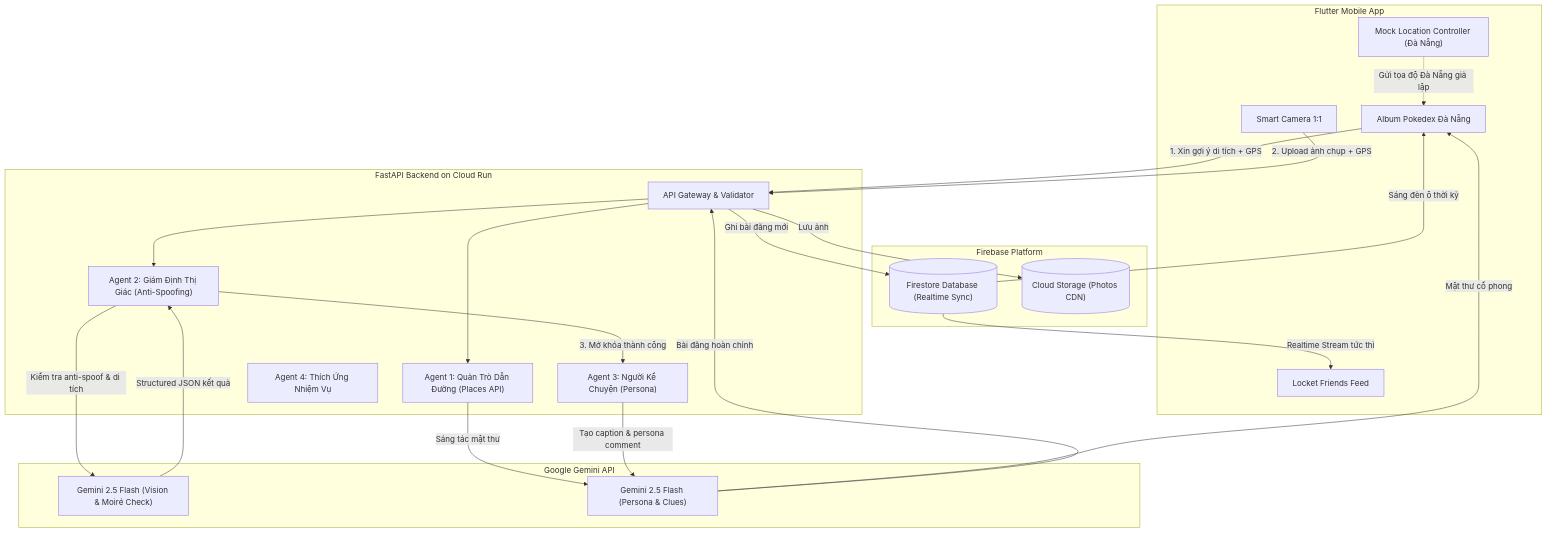
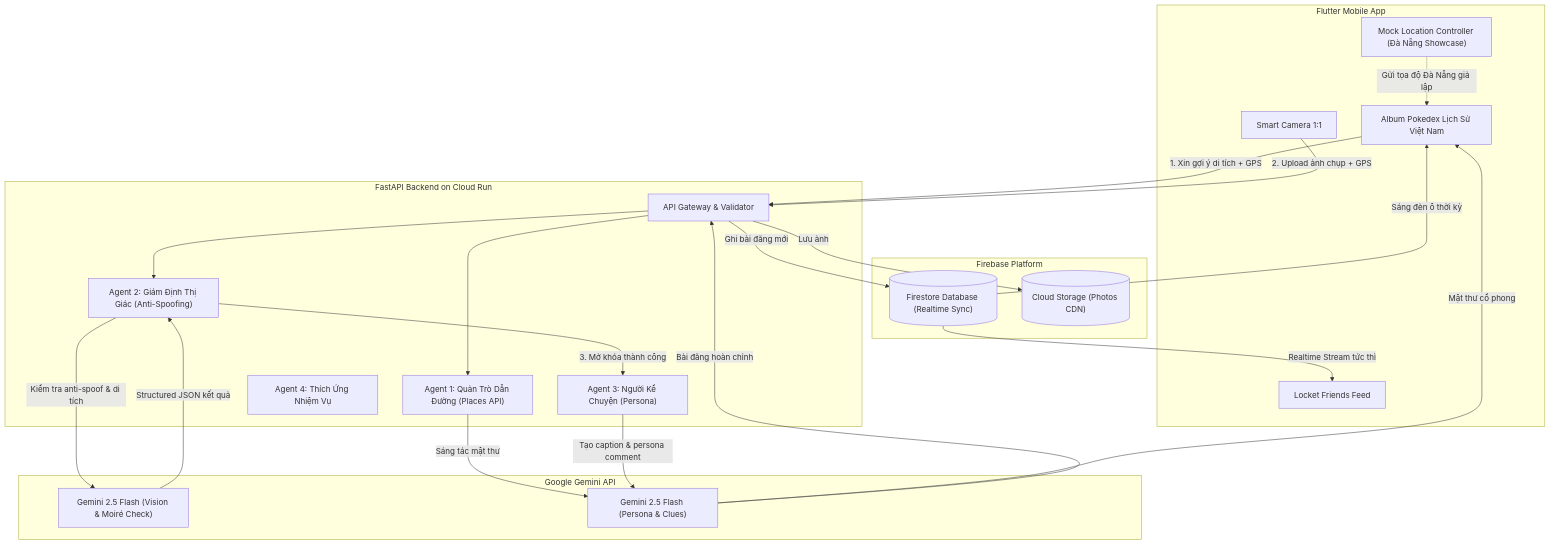
Before and after one commit to locngodev6205/Lockulture: the diagram in docs/ARCHITECTURE.md, drawn with Mermaid. The commit also changed other lines of this file and 2 other files, not shown here.

Commit message:
docs: clarify National History Scope with Da Nang as pilot showcase city

````diff
--- a/docs/ARCHITECTURE.md
+++ b/docs/ARCHITECTURE.md
@@ -27,49 +27,49 @@
 ```mermaid
 flowchart TD
     subgraph Client["Flutter Mobile App"]
-        UI_Album["Album Pokedex Đà Nẵng"]
+        UI_Album["Album Pokedex Lịch Sử Việt Nam"]
         UI_Camera["Smart Camera 1:1"]
         UI_Feed["Locket Friends Feed"]
-        Mock_Ctrl["Mock Location Controller (Đà Nẵng)"]
+        Mock_Ctrl["Mock Location Controller (Đà Nẵng Showcase)"]
     end
 
     subgraph Firebase["Firebase Platform"]
         FStore[("Firestore Database (Realtime Sync)")]
         FStorage[("Cloud Storage (Photos CDN)")]
     end
 
     subgraph CloudRun["FastAPI Backend on Cloud Run"]
         API_Gateway["API Gateway & Validator"]
         Agent1["Agent 1: Quản Trò Dẫn Đường (Places API)"]
         Agent2["Agent 2: Giám Định Thị Giác (Anti-Spoofing)"]
         Agent3["Agent 3: Người Kể Chuyện (Persona)"]
         Agent4["Agent 4: Thích Ứng Nhiệm Vụ"]
     end
 
     subgraph GoogleAI["Google Gemini API"]
         Gemini_Vision["Gemini 2.5 Flash (Vision & Moiré Check)"]
         Gemini_Text["Gemini 2.5 Flash (Persona & Clues)"]
     end
 
     %% Luồng xin gợi ý
     UI_Album -->|"1. Xin gợi ý di tích + GPS"| API_Gateway
     Mock_Ctrl -.->|"Gửi tọa độ Đà Nẵng giả lập"| UI_Album
     API_Gateway --> Agent1
     Agent1 -->|"Sáng tác mật thư"| Gemini_Text
     Gemini_Text -->|"Mật thư cổ phong"| UI_Album
 
     %% Luồng chụp ảnh & giám định
     UI_Camera -->|"2. Upload ảnh chụp + GPS"| API_Gateway
     API_Gateway --> Agent2
     Agent2 -->|"Kiểm tra anti-spoof & di tích"| Gemini_Vision
     Gemini_Vision -->|"Structured JSON kết quả"| Agent2
 
     %% Luồng xuất bản & Realtime
     Agent2 -->|"3. Mở khóa thành công"| Agent3
     Agent3 -->|"Tạo caption & persona comment"| Gemini_Text
     Gemini_Text -->|"Bài đăng hoàn chỉnh"| API_Gateway
     API_Gateway -->|"Lưu ảnh"| FStorage
     API_Gateway -->|"Ghi bài đăng mới"| FStore
     FStore -->|"Realtime Stream tức thì"| UI_Feed
     FStore -->|"Sáng đèn ô thời kỳ"| UI_Album
 ```
````
